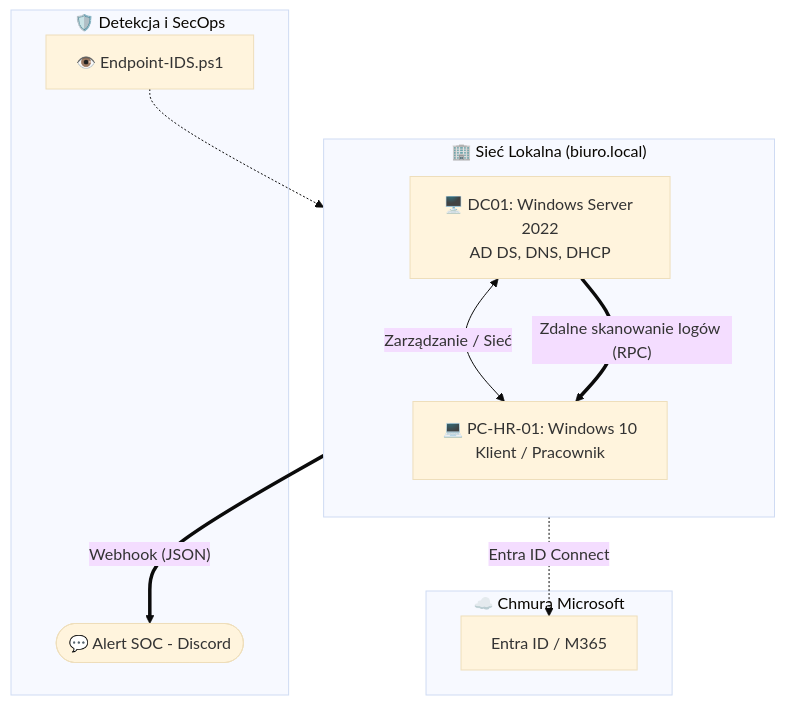
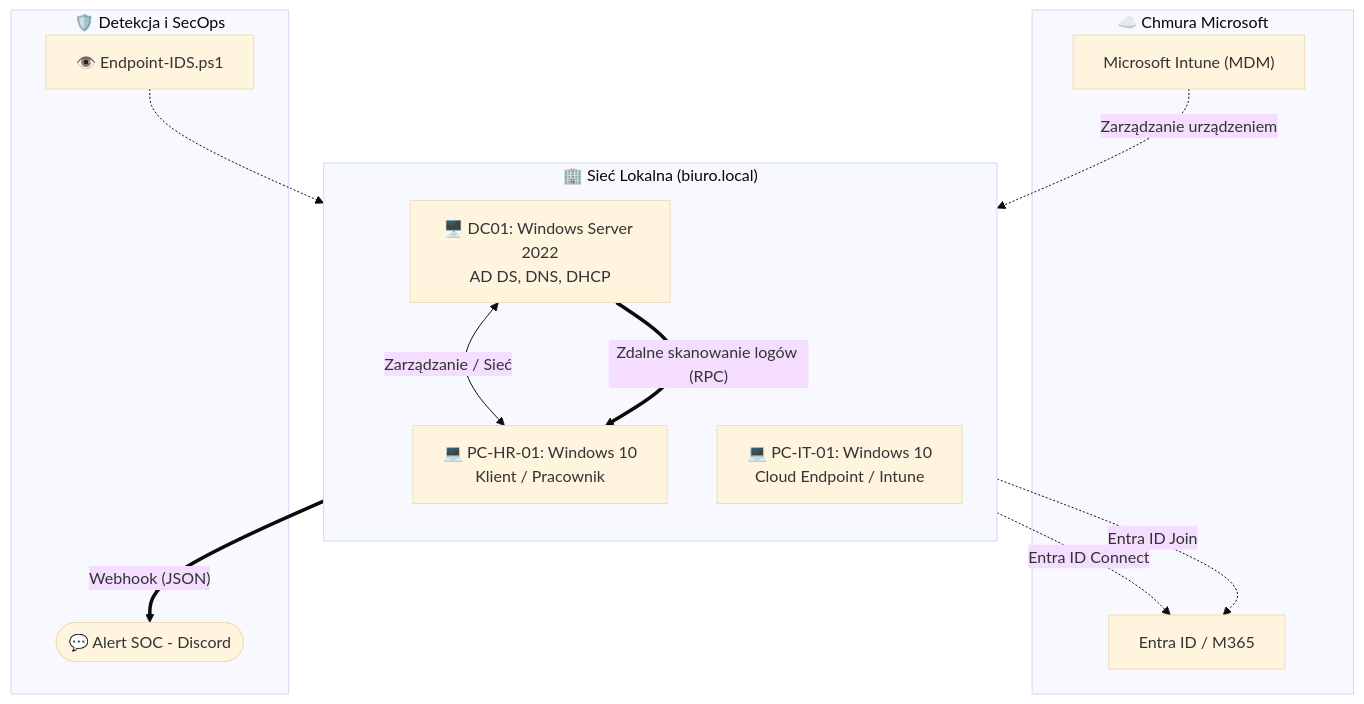
Before and after one commit to szym47/Active-Directory-HelpDesk-HomeLab: the first of 2 diagrams in README.md, drawn with Mermaid (base theme). The commit also changed other lines of this file and 3 other files, not shown here.

````diff
--- a/README.md
+++ b/README.md
@@ -16,24 +16,28 @@
 ```mermaid
 graph TD
     subgraph LAN ["🏢 Sieć Lokalna (biuro.local)"]
         direction TB
         DC["🖥️ DC01: Windows Server 2022<br>AD DS, DNS, DHCP"]
         PC["💻 PC-HR-01: Windows 10<br>Klient / Pracownik"]
+        PCIT["💻 PC-IT-01: Windows 10<br>Cloud Endpoint / Intune"]
         
         DC <-->|"Zarządzanie / Sieć"| PC
     end
 
     subgraph Cloud ["☁️ Chmura Microsoft"]
         Entra["Entra ID / M365"]
+        Intune["Microsoft Intune (MDM)"]
     end
 
     subgraph BlueTeam ["🛡️ Detekcja i SecOps"]
         IDS["👁️ Endpoint-IDS.ps1"]
         Discord(["💬 Alert SOC - Discord"])
     end
 
     DC -.->|"Entra ID Connect"| Entra
+    Intune -.->|"Zarządzanie urządzeniem"| PCIT
+    PCIT -.->|"Entra ID Join"| Entra
     DC == "Zdalne skanowanie logów (RPC)" ==> PC
     DC ==>|"Webhook (JSON)"| Discord
     IDS -.-> DC
 ```
````
